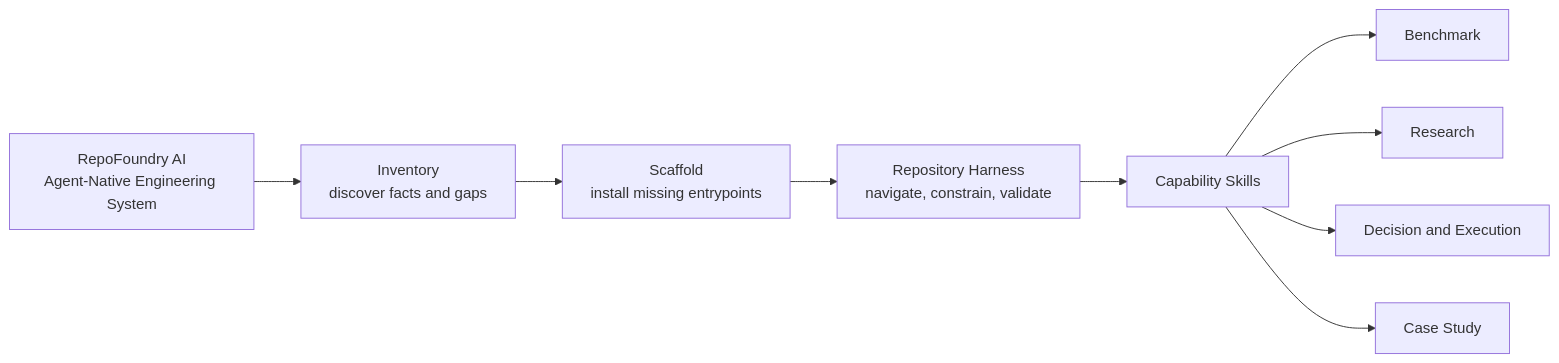
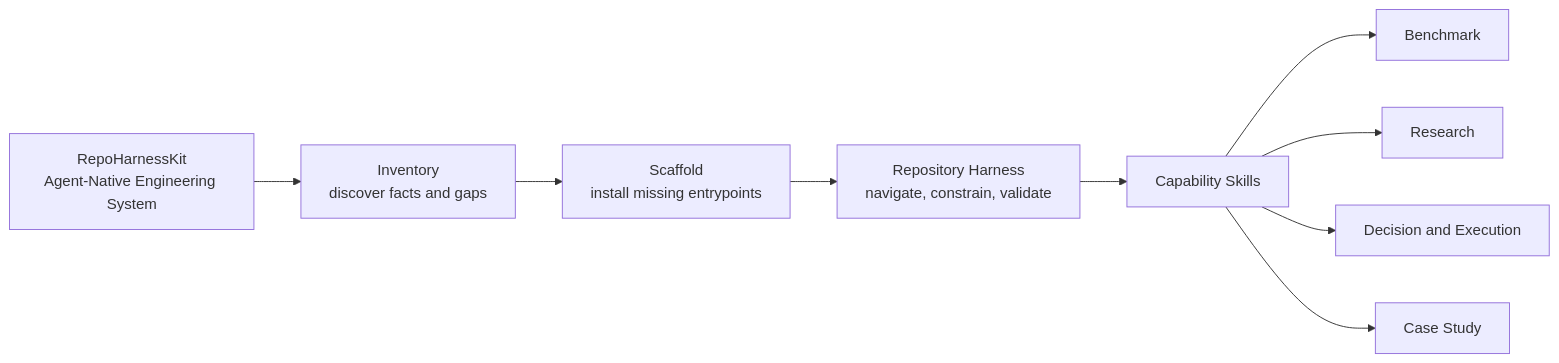
Before and after one commit to XiaoWeiKIN/RepoFoundryAI: the first of 8 diagrams in README.md, drawn with Mermaid. The commit also changed other lines of this file, not shown here.

Commit message:
docs: align README with RepoHarnessKit branding

````diff
--- a/README.md
+++ b/README.md
@@ -24,12 +26,12 @@
 ```mermaid
 flowchart LR
-    F["RepoFoundry AI<br/>Agent-Native Engineering System"]
+    F["RepoHarnessKit<br/>Agent-Native Engineering System"]
     F --> I["Inventory<br/>discover facts and gaps"]
     I --> S["Scaffold<br/>install missing entrypoints"]
     S --> H["Repository Harness<br/>navigate, constrain, validate"]
     H --> C["Capability Skills"]
     C --> B["Benchmark"]
     C --> R["Research"]
     C --> E["Decision and Execution"]
     C --> W["Case Study"]
 ```
````
